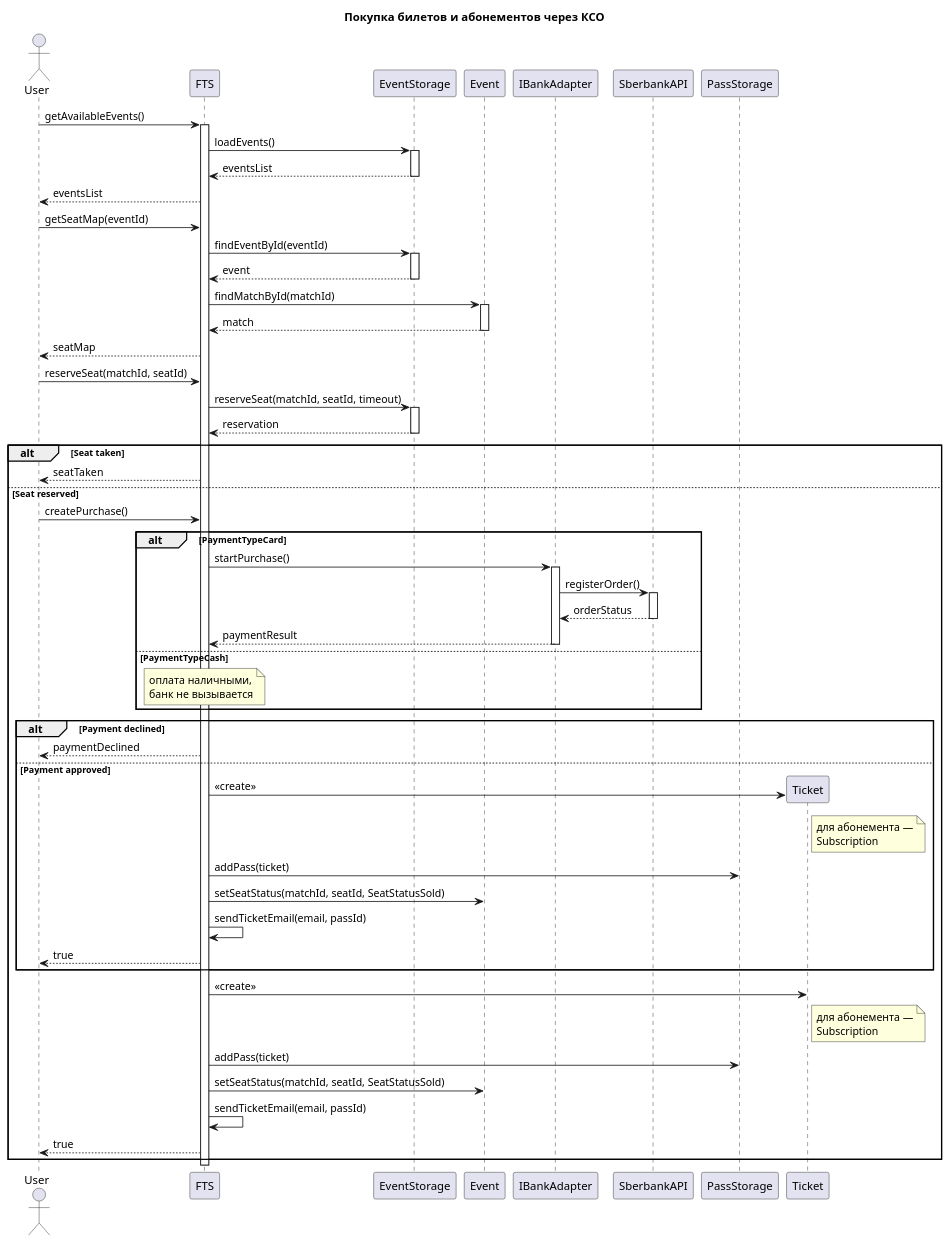
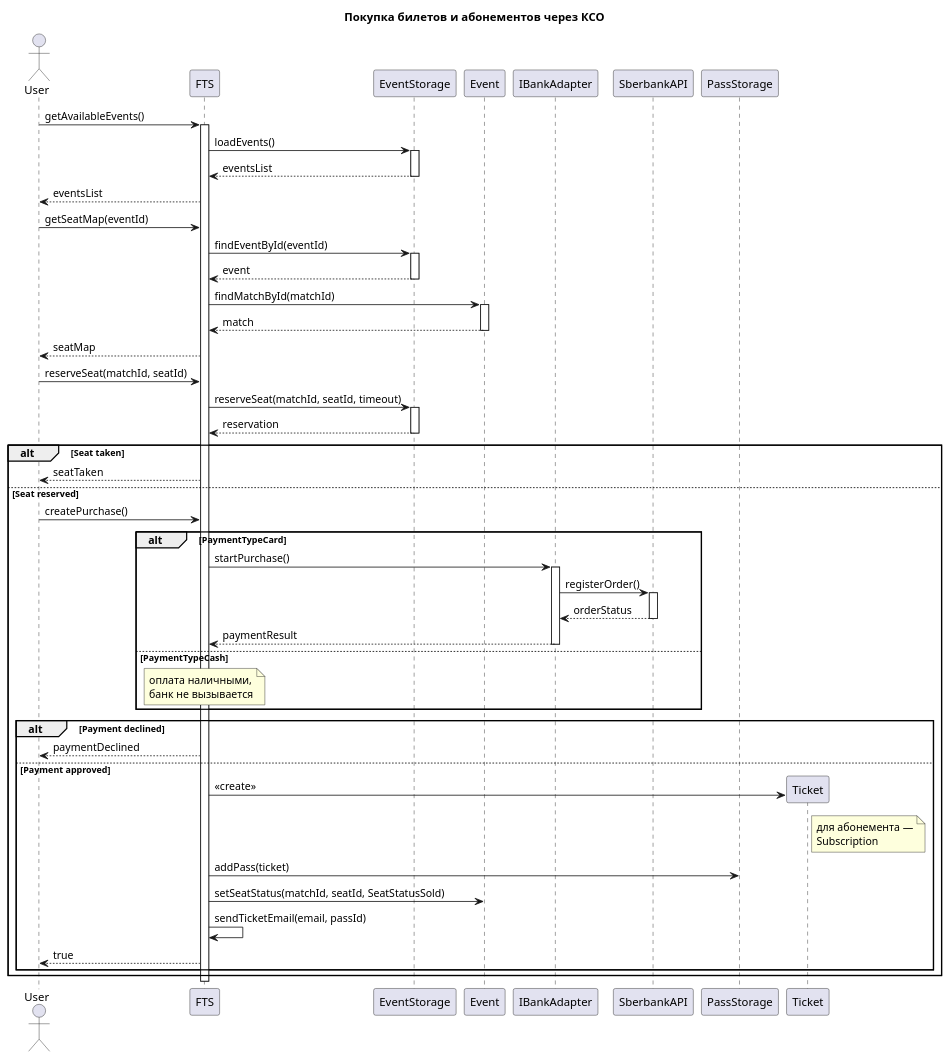
Before and after one commit to penamarth/bsbo-11-24_team5_var10_football: the diagram in Преценденты/Покупка билетов и абонементов/Диаграмма последовательности.md, drawn with PlantUML.

````diff
--- a/Преценденты/Покупка билетов и абонементов/Диаграмма последовательности.md
+++ b/Преценденты/Покупка билетов и абонементов/Диаграмма последовательности.md
@@ -2,79 +2,71 @@
 ```plantuml 
 @startuml
 title Покупка билетов и абонементов через КСО
 
 actor "User" as User
 participant "FTS" as FTS
 participant "EventStorage" as EventStorage
 participant "Event" as Event
 participant "IBankAdapter" as Bank
 participant "SberbankAPI" as Sber
 participant "PassStorage" as PassStorage
 
 User -> FTS : getAvailableEvents()
 activate FTS
 FTS -> EventStorage : loadEvents()
 activate EventStorage
 EventStorage --> FTS : eventsList
 deactivate EventStorage
 FTS --> User : eventsList
 
 User -> FTS : getSeatMap(eventId)
 FTS -> EventStorage : findEventById(eventId)
 activate EventStorage
 EventStorage --> FTS : event
 deactivate EventStorage
 FTS -> Event : findMatchById(matchId)
 activate Event
 Event --> FTS : match
 deactivate Event
 FTS --> User : seatMap
 
 User -> FTS : reserveSeat(matchId, seatId)
 FTS -> EventStorage : reserveSeat(matchId, seatId, timeout)
 activate EventStorage
 EventStorage --> FTS : reservation
 deactivate EventStorage
 
 alt Seat taken
     FTS --> User : seatTaken
 else Seat reserved
     User -> FTS : createPurchase()
 
     alt PaymentTypeCard
         FTS -> Bank : startPurchase()
         activate Bank
         Bank -> Sber : registerOrder()
         activate Sber
         Sber --> Bank : orderStatus
         deactivate Sber
         Bank --> FTS : paymentResult
         deactivate Bank
     else PaymentTypeCash
         note over FTS : оплата наличными,\nбанк не вызывается
     end
 
     alt Payment declined
         FTS --> User : paymentDeclined
     else Payment approved
         create participant "Ticket" as Ticket
         FTS -> Ticket : <<create>>
         note right of Ticket : для абонемента —\nSubscription
         FTS -> PassStorage : addPass(ticket)
         FTS -> Event : setSeatStatus(matchId, seatId, SeatStatusSold)
         FTS -> FTS : sendTicketEmail(email, passId)
         FTS --> User : true
     end
-
-    create participant "Ticket" as Ticket
-    FTS -> Ticket : <<create>>
-    note right of Ticket : для абонемента —\nSubscription
-    FTS -> PassStorage : addPass(ticket)
-    FTS -> Event : setSeatStatus(matchId, seatId, SeatStatusSold)
-    FTS -> FTS : sendTicketEmail(email, passId)
-    FTS --> User : true
 end
 
 deactivate FTS
 @enduml
 ```
````
